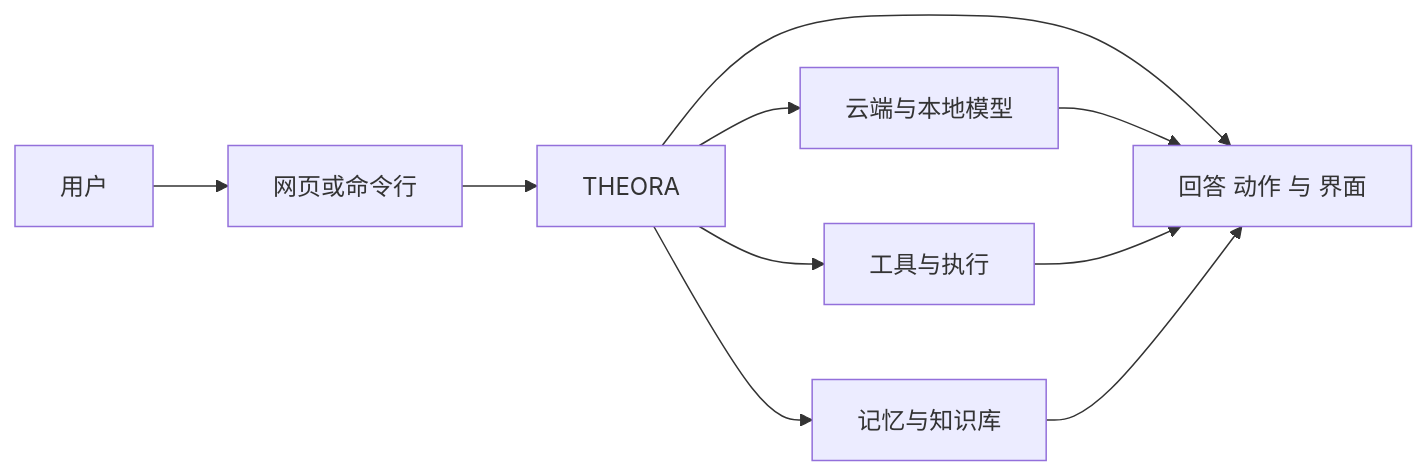
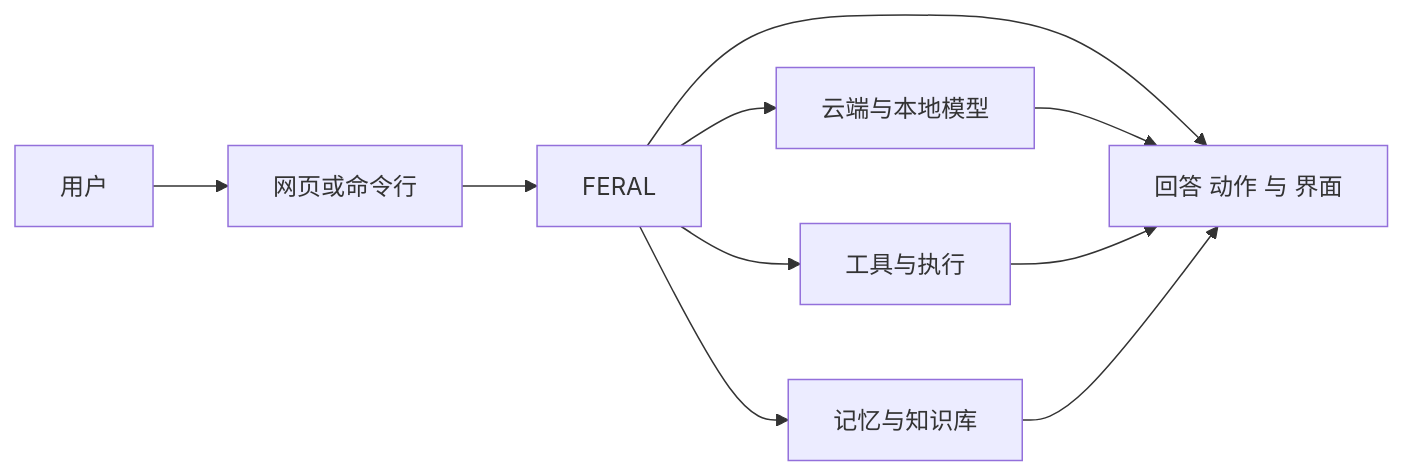
Before and after one commit to Spatial-AgenticOS/ASOS: the first of 3 diagrams in docs/ONE_PAGER_ZH.md, drawn with Mermaid. The commit also changed other lines of this file and 550 other files, not shown here.

First line of the commit message:
rebrand: THEORA/ASOS -> FERAL — AI off the leash

````diff
--- a/docs/ONE_PAGER_ZH.md
+++ b/docs/ONE_PAGER_ZH.md
@@ -9,12 +9,12 @@
 ```mermaid
 flowchart LR
   user[用户] --> surface[网页或命令行]
-  surface --> brain[THEORA]
+  surface --> brain[FERAL]
   brain --> models[云端与本地模型]
   brain --> tools[工具与执行]
   brain --> memory[记忆与知识库]
   brain --> output[回答 动作 与 界面]
   models --> output
   tools --> output
   memory --> output
 ```
````
